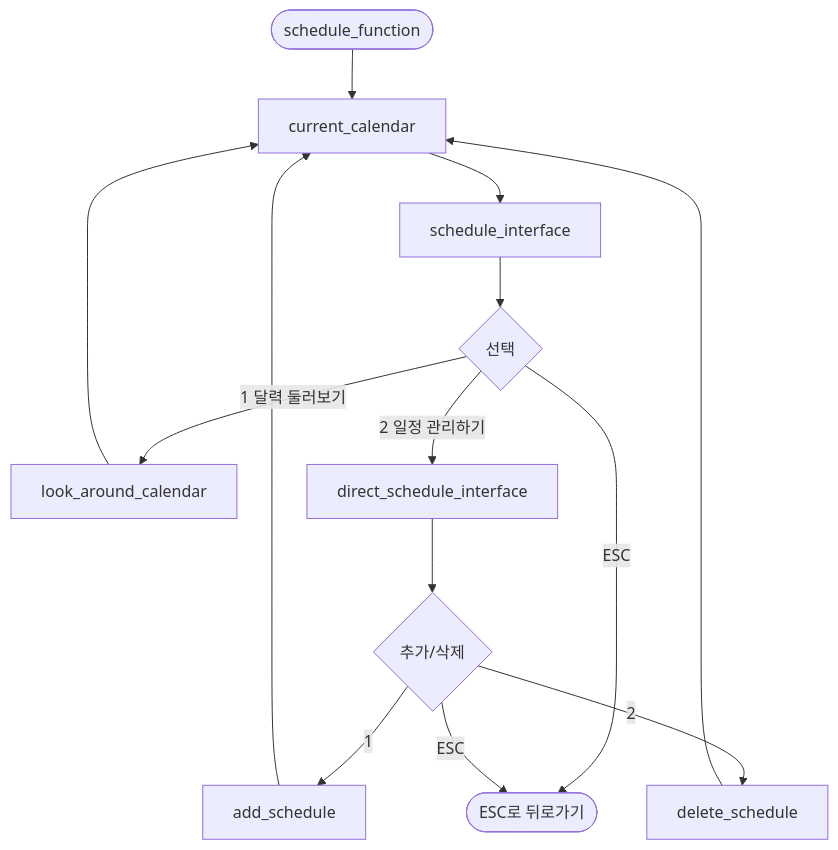
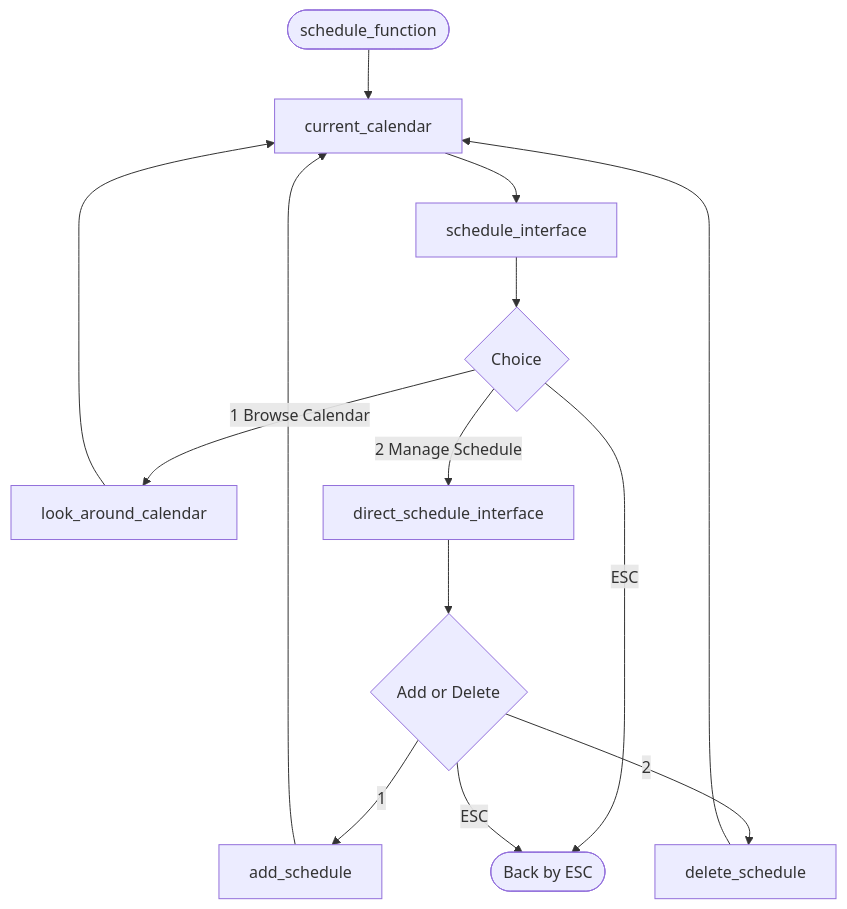
Before and after one commit to JY0102/Calendar: the third of 8 diagrams in architecture/dpd.md, drawn with Mermaid. The commit also changed other lines of this file and 1 other file, not shown here.

````diff
--- a/architecture/dpd.md
+++ b/architecture/dpd.md
@@ -67,27 +66,27 @@
 ```mermaid
 flowchart TB
-    Start([schedule_function])
-    ShowCalendar[current_calendar]
-    ScheduleMenu[schedule_interface]
-    ScheduleChoice{선택}
-    Browse[look_around_calendar]
-    Manage[direct_schedule_interface]
-    ManageChoice{추가/삭제}
-    Add[add_schedule]
-    Delete[delete_schedule]
-    End([ESC로 뒤로가기])
+    Start(["schedule_function"])
+    ShowCalendar["current_calendar"]
+    ScheduleMenu["schedule_interface"]
+    ScheduleChoice{"Choice"}
+    Browse["look_around_calendar"]
+    Manage["direct_schedule_interface"]
+    ManageChoice{"Add or Delete"}
+    Add["add_schedule"]
+    Delete["delete_schedule"]
+    End(["Back by ESC"])
 
     Start --> ShowCalendar
     ShowCalendar --> ScheduleMenu
     ScheduleMenu --> ScheduleChoice
-    ScheduleChoice -->|1 달력 둘러보기| Browse
-    ScheduleChoice -->|2 일정 관리하기| Manage
-    ScheduleChoice -->|ESC| End
+    ScheduleChoice -->|"1 Browse Calendar"| Browse
+    ScheduleChoice -->|"2 Manage Schedule"| Manage
+    ScheduleChoice -->|"ESC"| End
     Browse --> ShowCalendar
     Manage --> ManageChoice
-    ManageChoice -->|1| Add
-    ManageChoice -->|2| Delete
-    ManageChoice -->|ESC| End
+    ManageChoice -->|"1"| Add
+    ManageChoice -->|"2"| Delete
+    ManageChoice -->|"ESC"| End
     Add --> ShowCalendar
     Delete --> ShowCalendar
 ```
````
